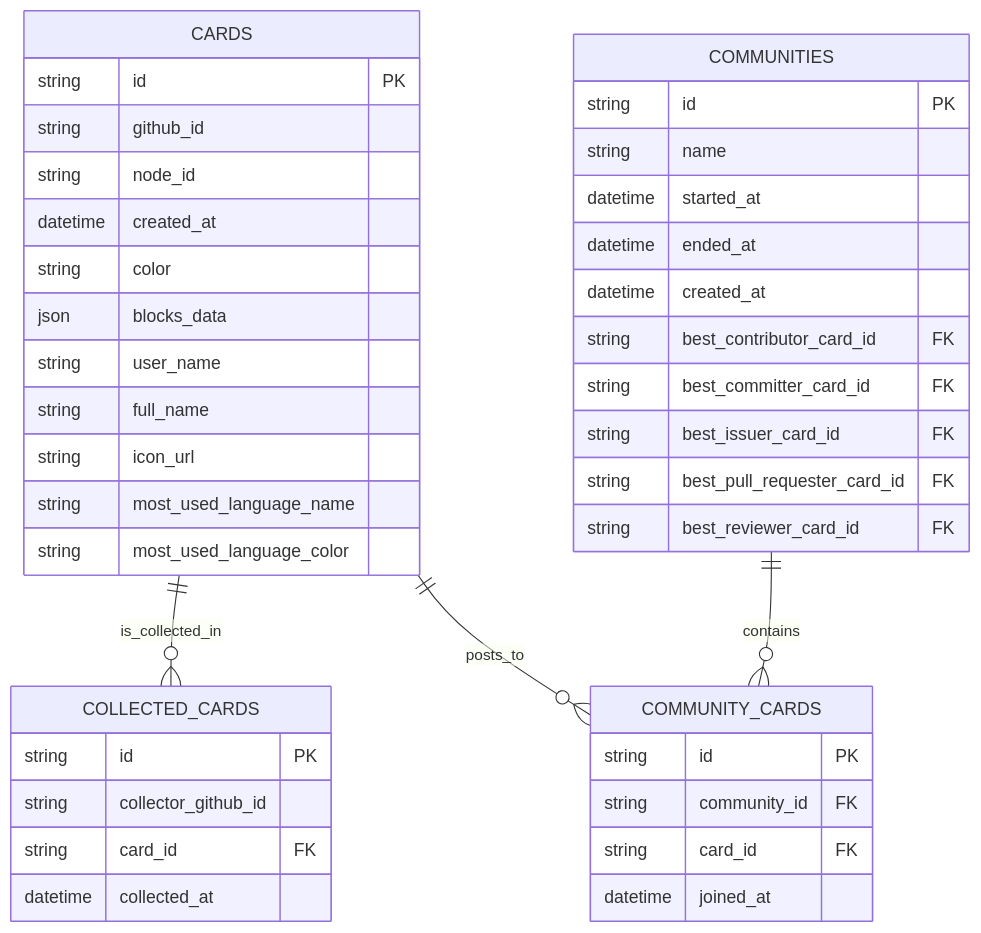
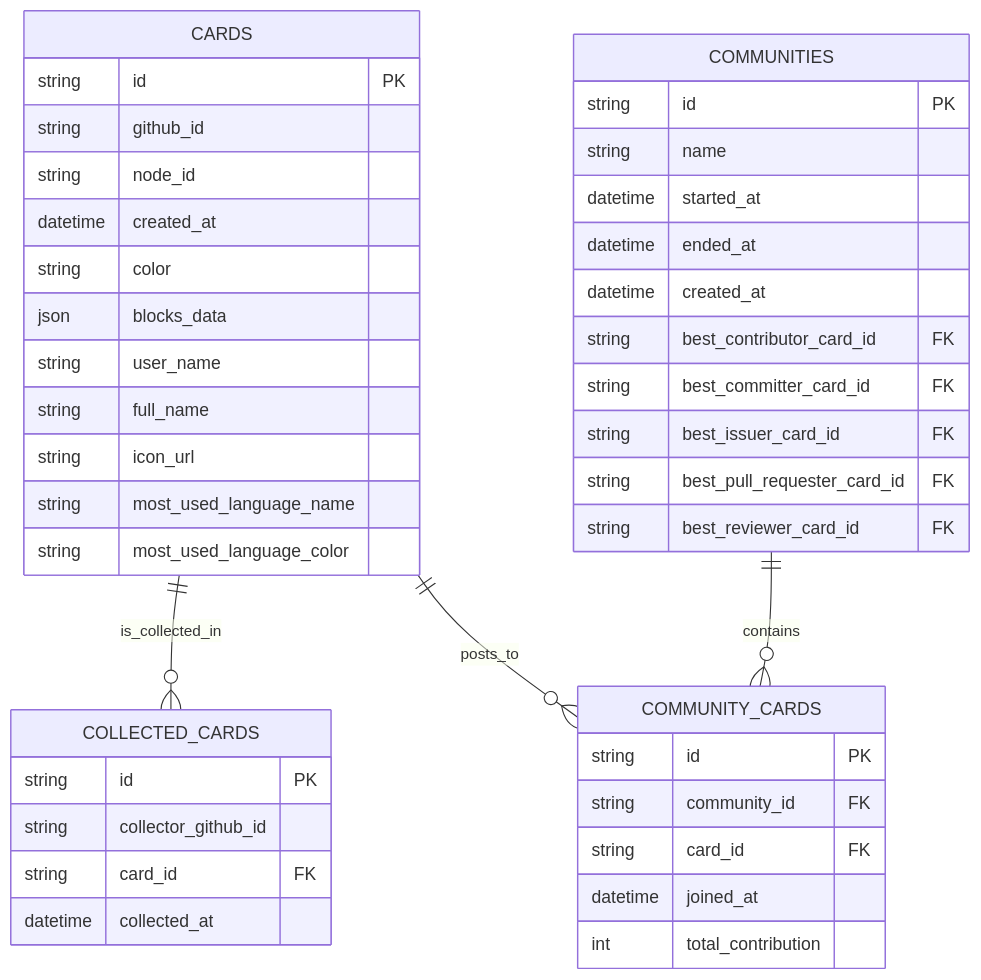
The diagram in docs/er.md (furarico/octo-deck-api), drawn with Mermaid before and after one commit. The commit also changed 5 other files, not shown here.

````diff
--- a/docs/er.md
+++ b/docs/er.md
@@ -3,47 +3,48 @@
 ```mermaid
 erDiagram
     CARDS {
         string id PK
         string github_id
         string node_id
         datetime created_at
         string color
         json blocks_data
         string user_name
         string full_name
         string icon_url
         string most_used_language_name
         string most_used_language_color
     }
 
     COLLECTED_CARDS {
         string id PK
         string collector_github_id
         string card_id FK
         datetime collected_at
     }
 
     COMMUNITIES {
         string id PK
         string name
         datetime started_at
         datetime ended_at
         datetime created_at
         string best_contributor_card_id FK
         string best_committer_card_id FK
         string best_issuer_card_id FK
         string best_pull_requester_card_id FK
         string best_reviewer_card_id FK
     }
 
     COMMUNITY_CARDS {
         string id PK
         string community_id FK
         string card_id FK
         datetime joined_at
+        int total_contribution
     }
 
     CARDS ||--o{ COLLECTED_CARDS : is_collected_in
     CARDS ||--o{ COMMUNITY_CARDS : posts_to
     COMMUNITIES ||--o{ COMMUNITY_CARDS : contains
 ```
````
